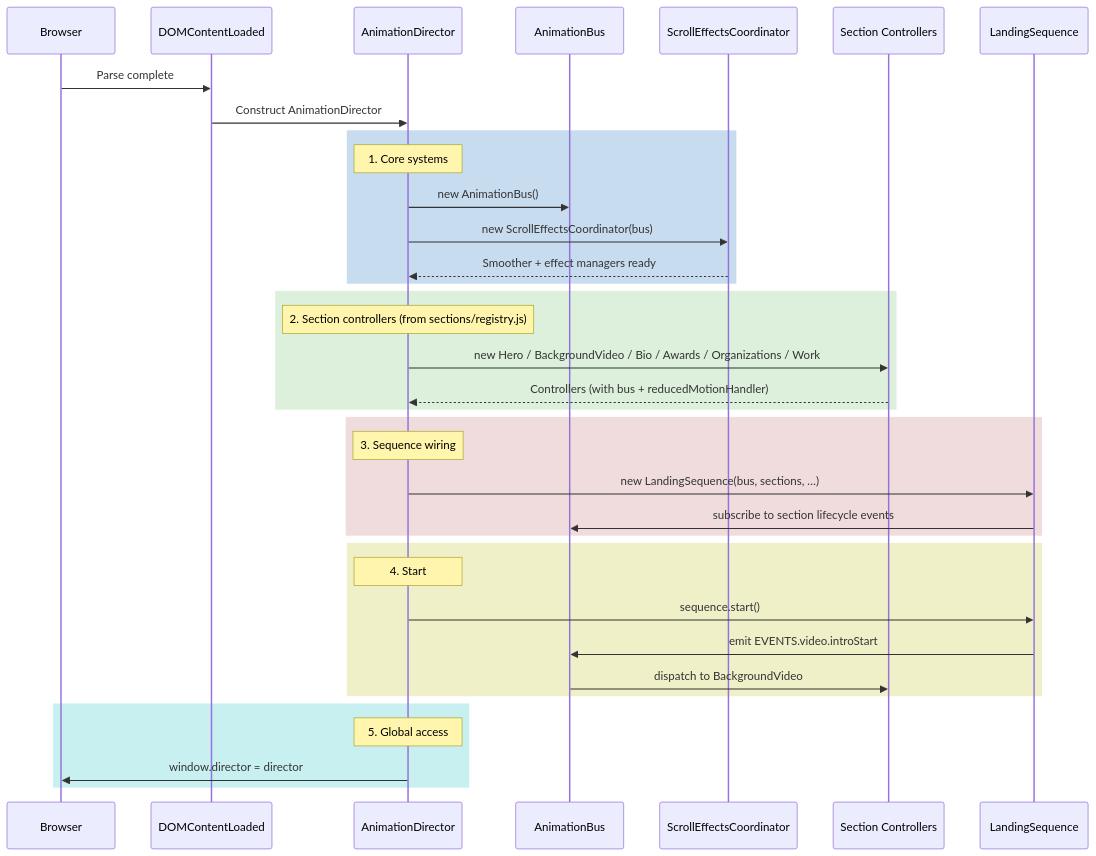
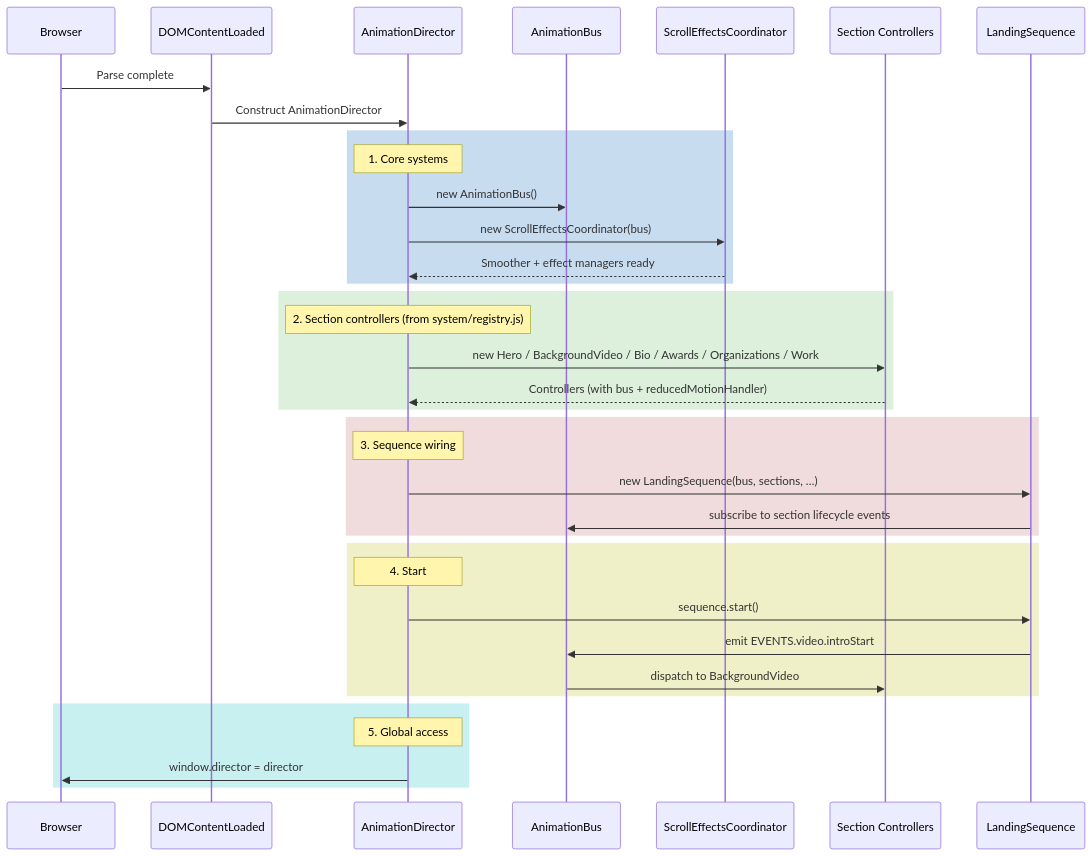
One commit to datainkio/portfolio-frontend changed the diagram in docs/director-initialization-sequence.md. Above: the diagram before and after it, drawn with Mermaid. The commit also changed other lines of this file and 9 other files, not shown here.

Commit message:
refactor: update file paths and registry references in documentation and specs for choreography system

````diff
--- a/docs/director-initialization-sequence.md
+++ b/docs/director-initialization-sequence.md
@@ -5,44 +5,44 @@
 ```mermaid
 sequenceDiagram
     participant Browser
     participant DOM as DOMContentLoaded
     participant AD as AnimationDirector
     participant Bus as AnimationBus
     participant SEC as ScrollEffectsCoordinator
     participant Sections as Section Controllers
     participant LS as LandingSequence
 
     Browser->>DOM: Parse complete
     DOM->>AD: Construct AnimationDirector
 
     rect rgb(200, 220, 240)
         note over AD: 1. Core systems
         AD->>Bus: new AnimationBus()
         AD->>SEC: new ScrollEffectsCoordinator(bus)
         SEC-->>AD: Smoother + effect managers ready
     end
 
     rect rgb(220, 240, 220)
-        note over AD: 2. Section controllers (from sections/registry.js)
+        note over AD: 2. Section controllers (from system/registry.js)
         AD->>Sections: new Hero / BackgroundVideo / Bio / Awards / Organizations / Work
         Sections-->>AD: Controllers (with bus + reducedMotionHandler)
     end
 
     rect rgb(240, 220, 220)
         note over AD: 3. Sequence wiring
         AD->>LS: new LandingSequence(bus, sections, …)
         LS->>Bus: subscribe to section lifecycle events
     end
 
     rect rgb(240, 240, 200)
         note over AD: 4. Start
         AD->>LS: sequence.start()
         LS->>Bus: emit EVENTS.video.introStart
         Bus->>Sections: dispatch to BackgroundVideo
     end
 
     rect rgb(200, 240, 240)
         note over AD: 5. Global access
         AD->>Browser: window.director = director
     end
 ```
````
